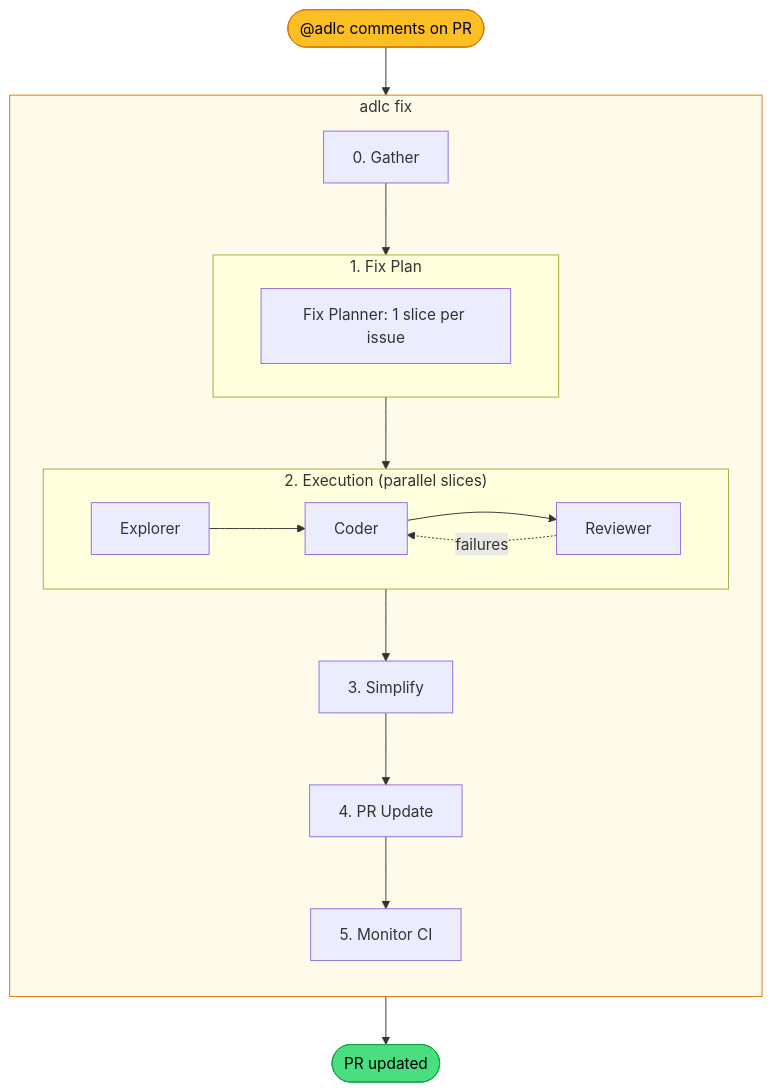
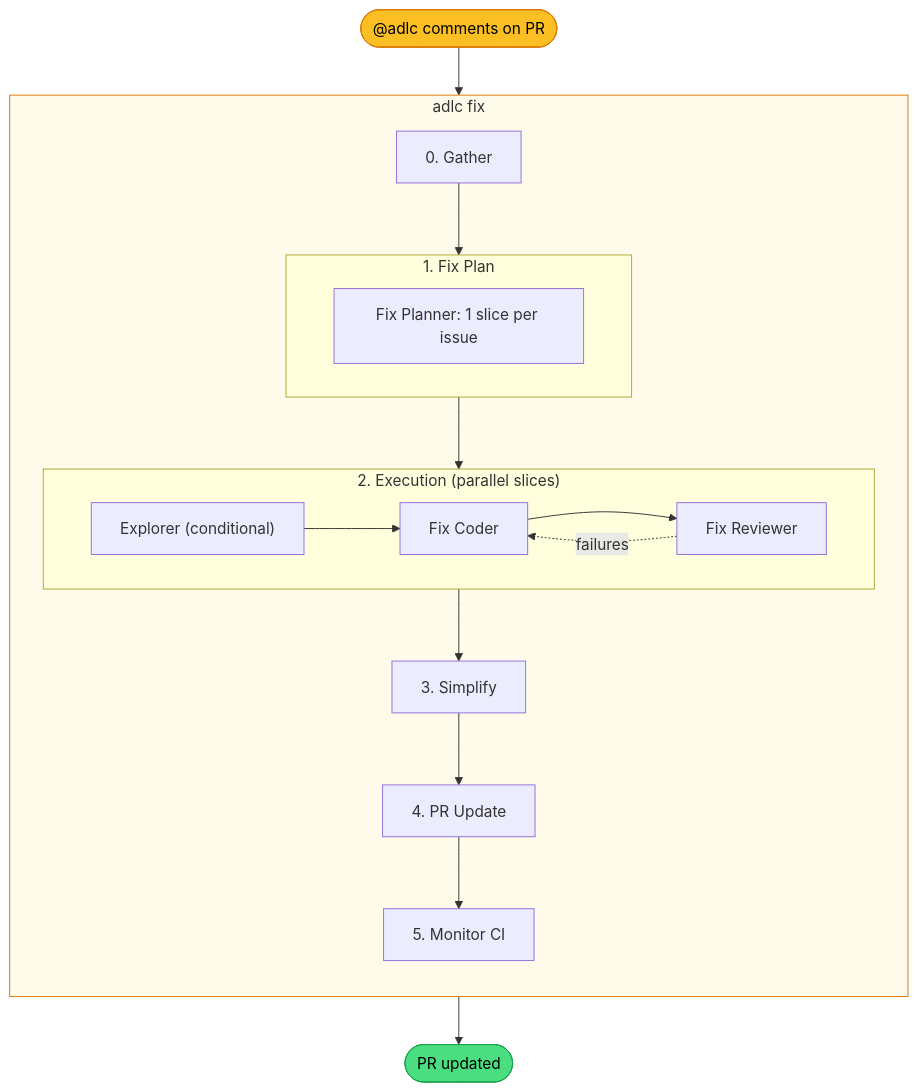
Before and after one commit to patricklafrance/plantz-claude-v3: the second of 2 diagrams in README.md, drawn with Mermaid. The commit also changed other lines of this file and 29 other files, not shown here.

First line of the commit message:
feat: Introduce feature-coder and feature-reviewer agents with updated hooks and tests

````diff
--- a/README.md
+++ b/README.md
@@ -76,31 +76,31 @@
 ```mermaid
 flowchart TD
     Start(["@adlc comments on PR"]) --> Gather
 
     subgraph Coord["adlc fix"]
         direction TB
 
         Gather["0. Gather"] --> FixPlan
 
         subgraph FixPlan["1. Fix Plan"]
             direction LR
             FixPlanner["Fix Planner: 1 slice per issue"]
         end
 
         FixPlan --> SliceLoop
 
         subgraph SliceLoop["2. Execution (parallel slices)"]
             direction LR
-            Explorer --> Coder --> Reviewer
-            Reviewer -. "failures" .-> Coder
+            Explorer["Explorer (conditional)"] --> FixCoder["Fix Coder"] --> FixReviewer["Fix Reviewer"]
+            FixReviewer -. "failures" .-> FixCoder
         end
 
         SliceLoop --> Simplify["3. Simplify"] --> PRUpdate["4. PR Update"] --> Monitor["5. Monitor CI"]
     end
 
     Monitor --> Done([PR updated])
 
     style Start fill:#fbbf24,stroke:#d97706,color:#000
     style Done fill:#4ade80,stroke:#16a34a,color:#000
     style Coord fill:#fffbeb,stroke:#d97706
 ```
````
